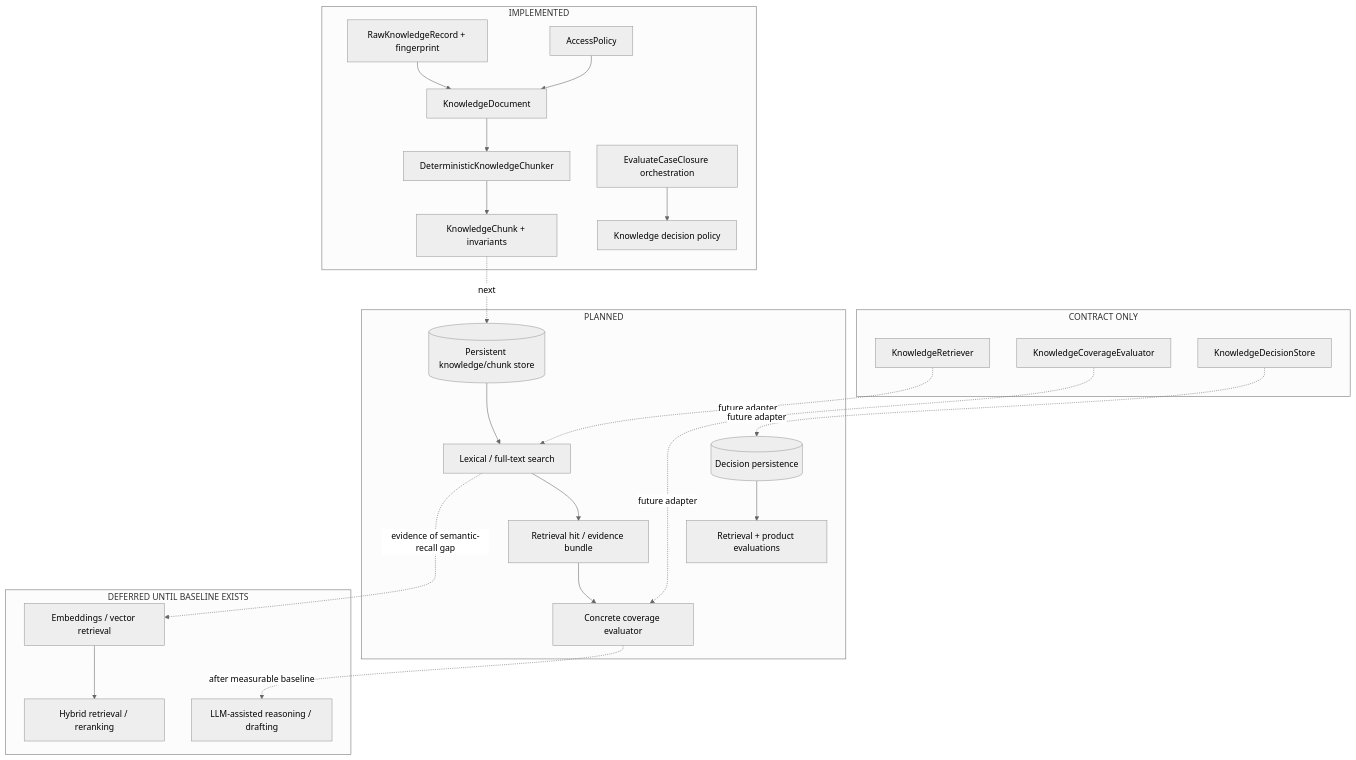
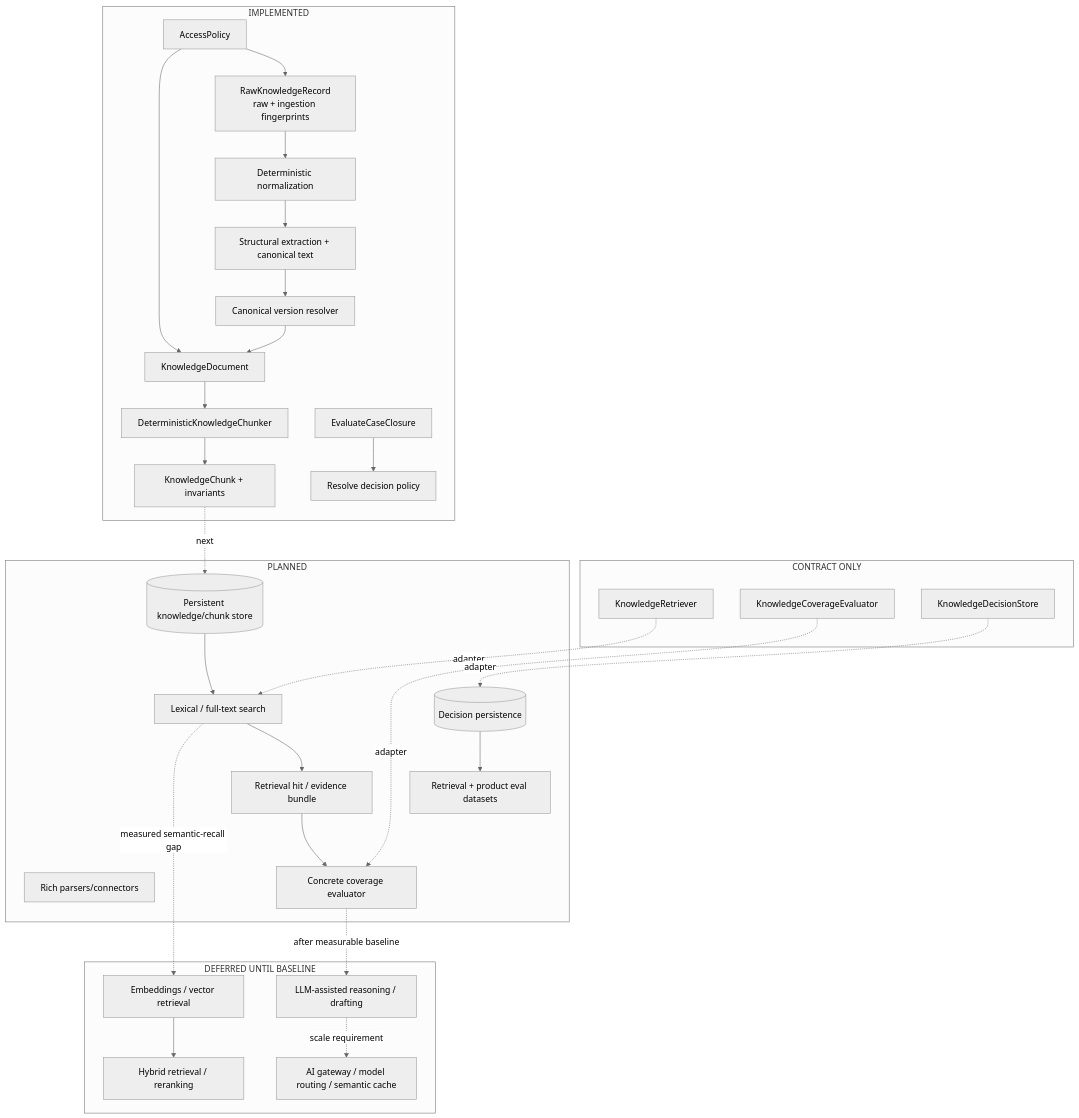
One commit to kumarchandansingh/tropos changed the second of 8 diagrams in docs/architecture/RAG_ARCHITECTURE.md. Above: the diagram before and after it, drawn with Mermaid (neutral theme). The commit also changed other lines of this file and 23 other files, not shown here.

First line of the commit message:
feat: add deterministic normalization and canonical versioning

````diff
--- a/docs/architecture/RAG_ARCHITECTURE.md
+++ b/docs/architecture/RAG_ARCHITECTURE.md
@@ -24,46 +27,54 @@
 ```mermaid
 flowchart TB
     subgraph Implemented[IMPLEMENTED]
-      R1[RawKnowledgeRecord + fingerprint]
+      R1[RawKnowledgeRecord<br/>raw + ingestion fingerprints]
       AP[AccessPolicy]
+      N1[Deterministic normalization]
+      N2[Structural extraction + canonical text]
+      VR[Canonical version resolver]
       KD[KnowledgeDocument]
       CH[DeterministicKnowledgeChunker]
       KC[KnowledgeChunk + invariants]
-      DI[Knowledge decision policy]
-      OR[EvaluateCaseClosure orchestration]
-      R1 --> KD --> CH --> KC
+      DI[Resolve decision policy]
+      OR[EvaluateCaseClosure]
+
+      R1 --> N1 --> N2 --> VR --> KD --> CH --> KC
+      AP --> R1
       AP --> KD
       OR --> DI
     end
 
     subgraph Contract[CONTRACT ONLY]
       RET[KnowledgeRetriever]
       COV[KnowledgeCoverageEvaluator]
       STORE[KnowledgeDecisionStore]
     end
 
     subgraph Planned[PLANNED]
+      Parser[Rich parsers/connectors]
       PS[(Persistent knowledge/chunk store)]
       FTS[Lexical / full-text search]
       HIT[Retrieval hit / evidence bundle]
       CE[Concrete coverage evaluator]
       DS[(Decision persistence)]
-      EV[Retrieval + product evaluations]
+      EV[Retrieval + product eval datasets]
       PS --> FTS --> HIT --> CE
       DS --> EV
     end
 
-    subgraph Deferred[DEFERRED UNTIL BASELINE EXISTS]
+    subgraph Deferred[DEFERRED UNTIL BASELINE]
       EMB[Embeddings / vector retrieval]
       HYB[Hybrid retrieval / reranking]
       LLM[LLM-assisted reasoning / drafting]
+      GATE[AI gateway / model routing / semantic cache]
     end
 
     KC -. next .-> PS
-    RET -. future adapter .-> FTS
-    COV -. future adapter .-> CE
-    STORE -. future adapter .-> DS
-    FTS -. evidence of semantic-recall gap .-> EMB
+    RET -. adapter .-> FTS
+    COV -. adapter .-> CE
+    STORE -. adapter .-> DS
+    FTS -. measured semantic-recall gap .-> EMB
     EMB --> HYB
     CE -. after measurable baseline .-> LLM
+    LLM -. scale requirement .-> GATE
 ```
````
